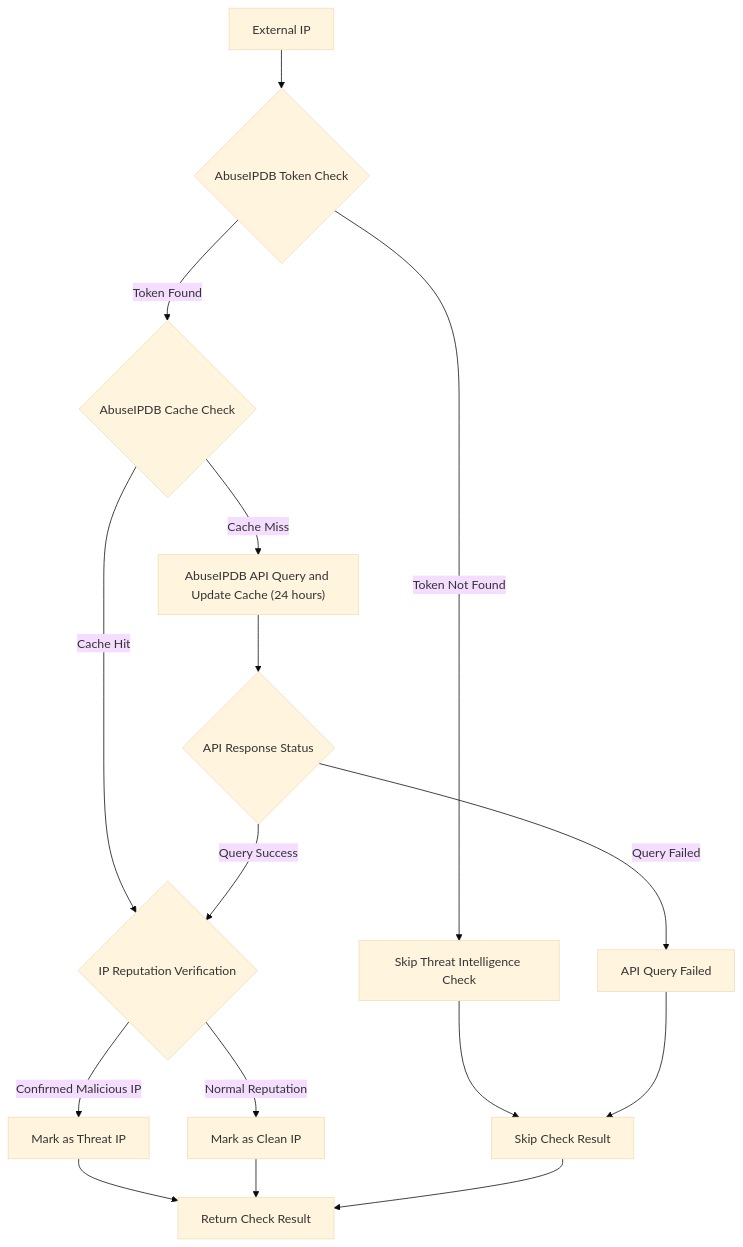
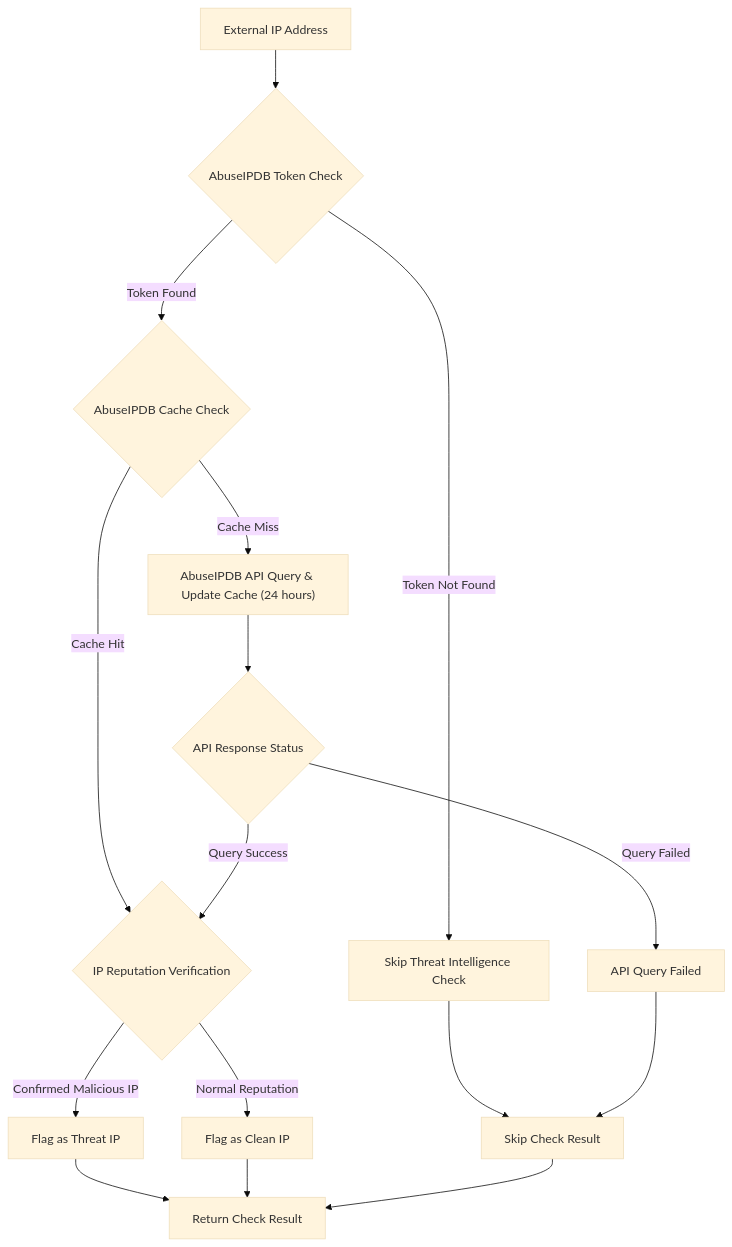
The fourth of 4 diagrams in README.md (pardnchiu/golang-ip-guardian), drawn with Mermaid (base theme) before and after one commit. The commit also changed other lines of this file and 16 other files, not shown here.

````diff
--- a/README.md
+++ b/README.md
@@ -472,23 +389,23 @@
 ```mermaid
 flowchart TD
-  START["External IP"] --> TOKEN{"AbuseIPDB Token Check"}
+  START["External IP Address"] --> TOKEN{"AbuseIPDB Token Check"}
   
   TOKEN -->|"Token Not Found"| NO_TOKEN["Skip Threat Intelligence Check"]
   TOKEN -->|"Token Found"| CACHE{"AbuseIPDB Cache Check"}
   
   CACHE -->|"Cache Hit"| REPUTATION{"IP Reputation Verification"}
-  CACHE -->|"Cache Miss"| API_QUERY["AbuseIPDB API Query and Update Cache (24 hours)"]
+  CACHE -->|"Cache Miss"| API_QUERY["AbuseIPDB API Query & Update Cache (24 hours)"]
   
   API_QUERY --> API_STATUS{"API Response Status"}
   API_STATUS -->|"Query Failed"| API_FAIL["API Query Failed"]
   API_STATUS -->|"Query Success"| REPUTATION
   
-  REPUTATION -->|"Confirmed Malicious IP"| MALICIOUS["Mark as Threat IP"]
-  REPUTATION -->|"Normal Reputation"| CLEAN["Mark as Clean IP"]
+  REPUTATION -->|"Confirmed Malicious IP"| MALICIOUS["Flag as Threat IP"]
+  REPUTATION -->|"Normal Reputation"| CLEAN["Flag as Clean IP"]
   
   NO_TOKEN --> SKIP["Skip Check Result"]
   API_FAIL --> SKIP
   MALICIOUS --> RESULT["Return Check Result"]
   CLEAN --> RESULT
   SKIP --> RESULT
 ```
````
